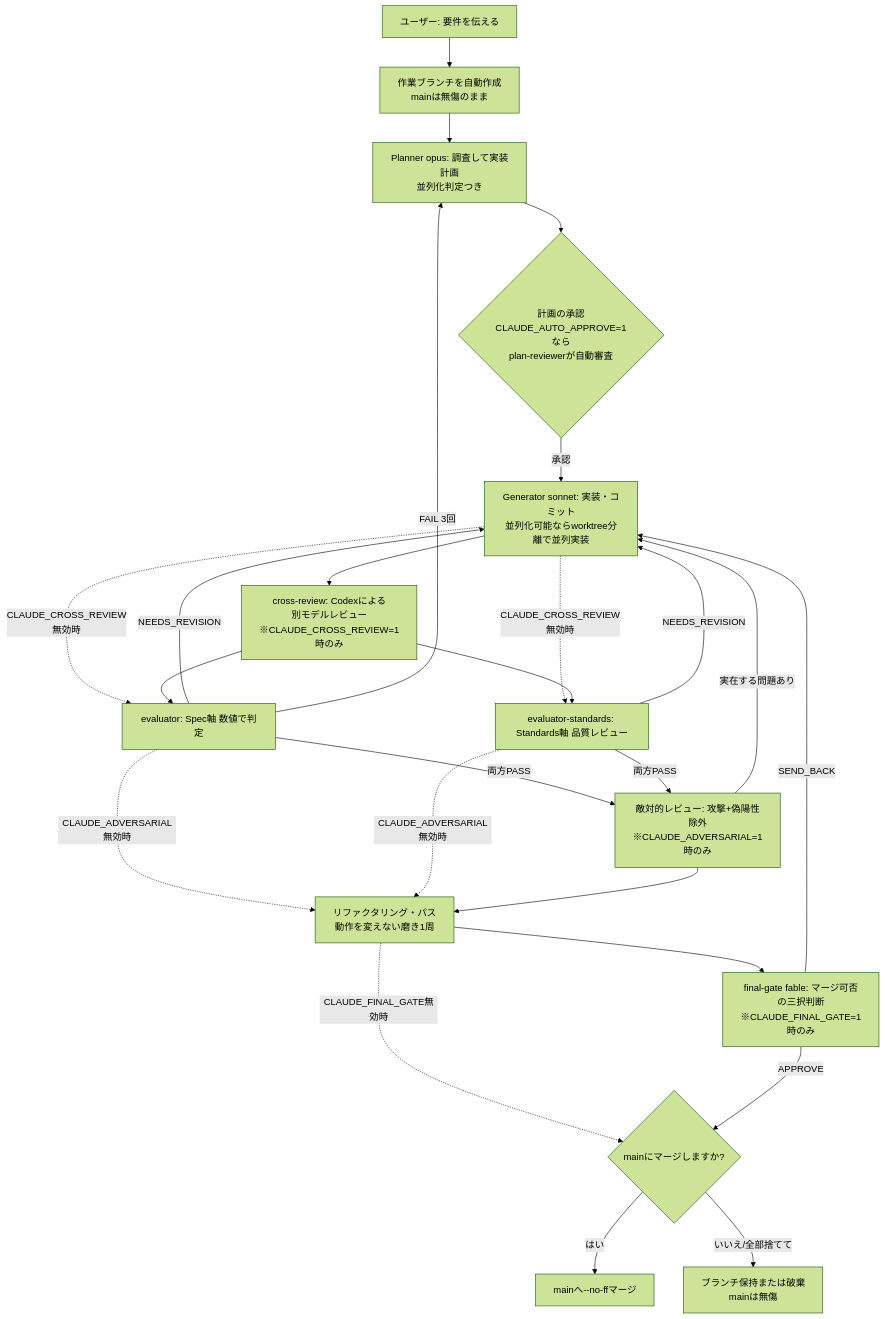
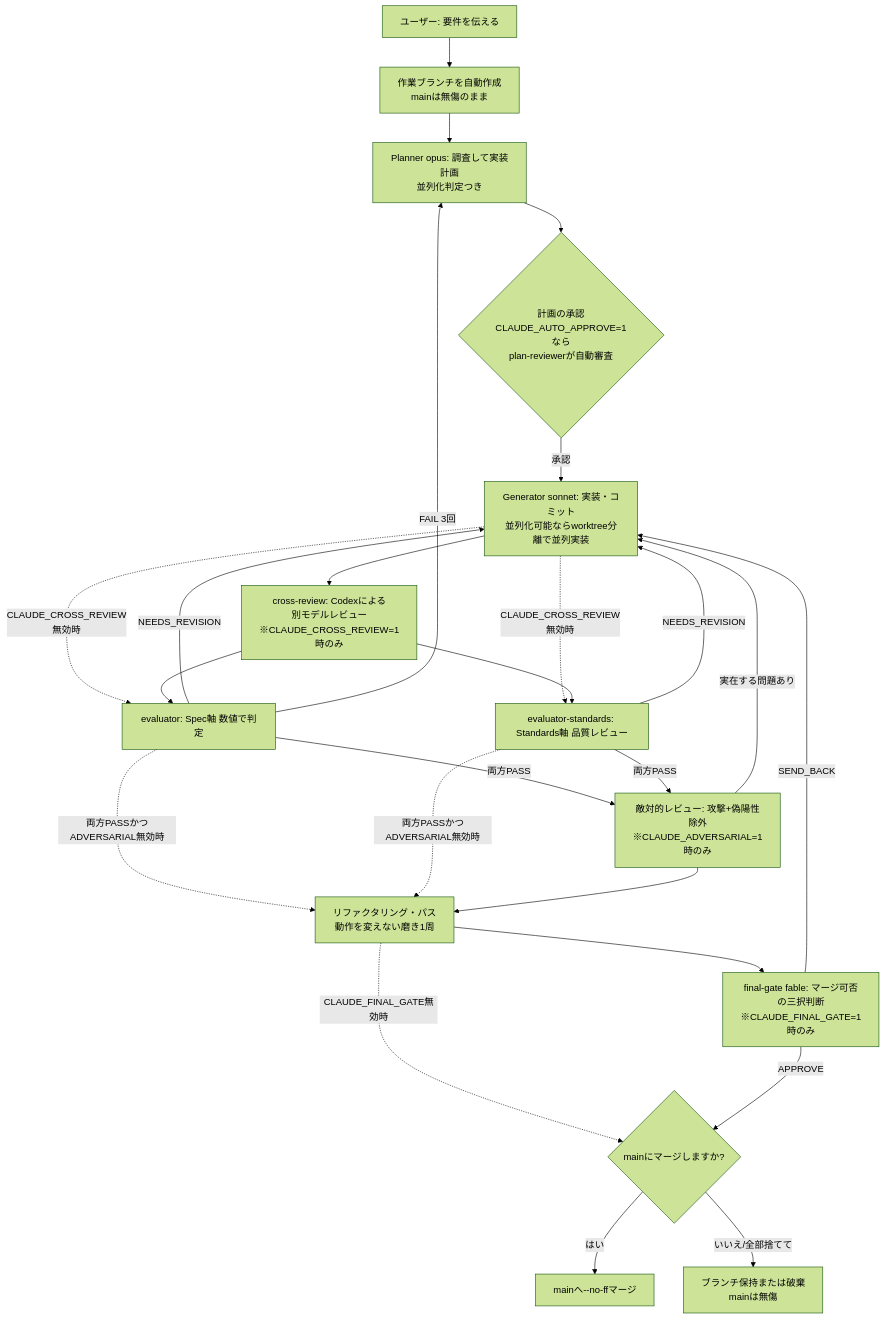
One commit to takayoshitoyoda05/claude-ml-template changed the first of 2 diagrams in README.md. Above: the diagram before and after it, drawn with Mermaid (forest theme).

Commit message:
docs: 図のバイパスラベルに両方PASS条件を明記

````diff
--- a/README.md
+++ b/README.md
@@ -7,24 +7,24 @@
 ```mermaid
 flowchart TD
     A[ユーザー: 要件を伝える] --> BR[作業ブランチを自動作成<br>mainは無傷のまま]
     BR --> B[Planner opus: 調査して実装計画<br>並列化判定つき]
     B --> C{計画の承認<br>CLAUDE_AUTO_APPROVE=1なら<br>plan-reviewerが自動審査}
     C -->|承認| D[Generator sonnet: 実装・コミット<br>並列化可能ならworktree分離で並列実装]
     D --> X[cross-review: Codexによる<br>別モデルレビュー<br>※CLAUDE_CROSS_REVIEW=1時のみ]
     D -.->|CLAUDE_CROSS_REVIEW無効時| E
     D -.->|CLAUDE_CROSS_REVIEW無効時| F
     X --> E[evaluator: Spec軸 数値で判定]
     X --> F[evaluator-standards: Standards軸 品質レビュー]
     E & F -->|両方PASS| AD[敵対的レビュー: 攻撃+偽陽性除外<br>※CLAUDE_ADVERSARIAL=1時のみ]
     E & F -->|NEEDS_REVISION| D
     E -->|FAIL 3回| B
-    E & F -.->|CLAUDE_ADVERSARIAL無効時| P
+    E & F -.->|両方PASSかつADVERSARIAL無効時| P
     AD --> P[リファクタリング・パス<br>動作を変えない磨き1周]
     AD -->|実在する問題あり| D
     P --> FG[final-gate fable: マージ可否の三択判断<br>※CLAUDE_FINAL_GATE=1時のみ]
     P -.->|CLAUDE_FINAL_GATE無効時| M
     FG -->|APPROVE| M{mainにマージしますか?}
     FG -->|SEND_BACK| D
     M -->|はい| G[mainへ--no-ffマージ]
     M -->|いいえ/全部捨てて| K[ブランチ保持または破棄<br>mainは無傷]
 ```
````
